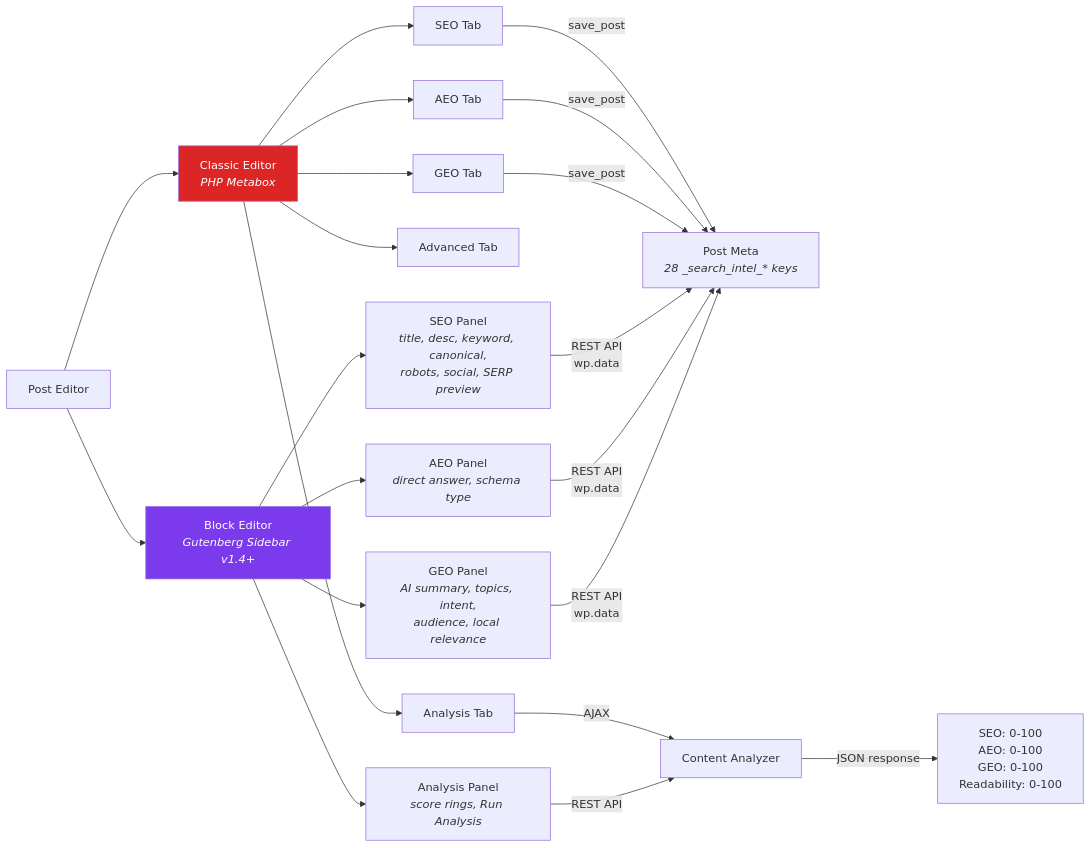
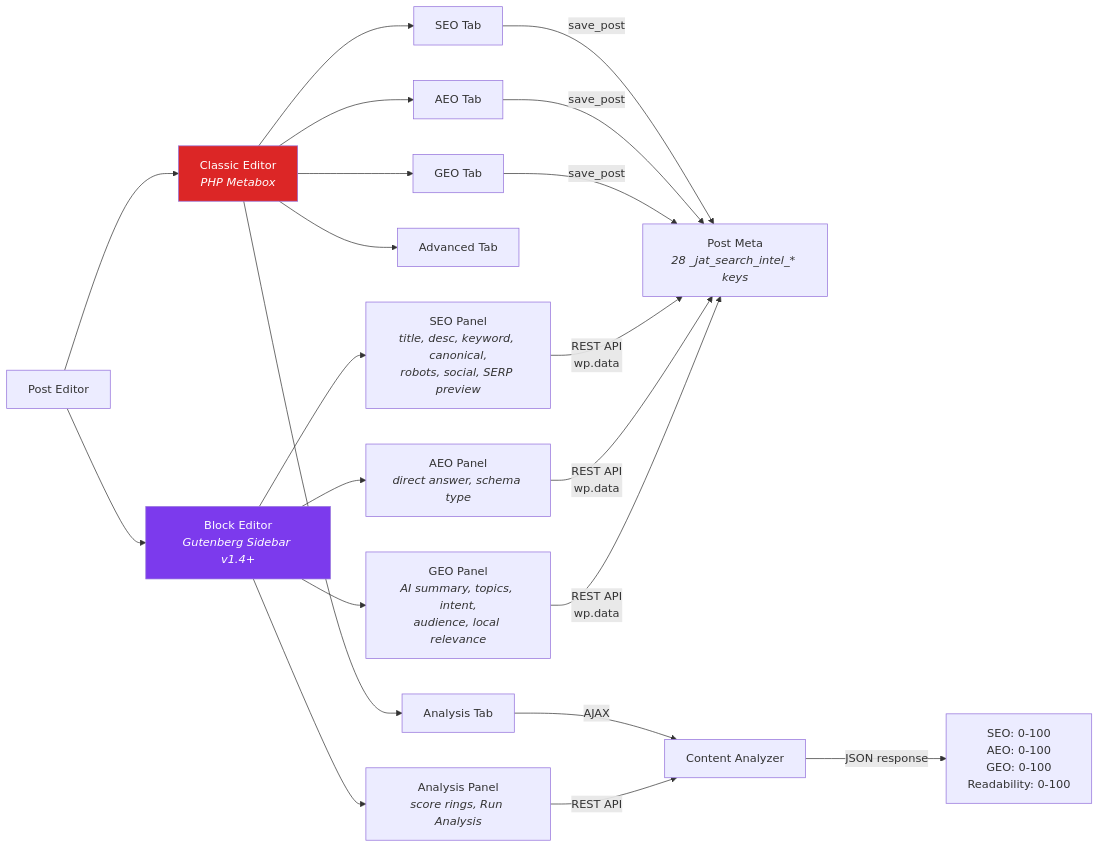
Before and after one commit to CptNope/JAT-Search-Intel: the fifth of 14 diagrams in README.md, drawn with Mermaid. The commit also changed other lines of this file and 159 other files, not shown here.

First line of the commit message:
Rename every identifier to jat-search-intel / jat_search_intel / JAT_Search_Intel

````diff
--- a/README.md
+++ b/README.md
@@ -677,32 +677,32 @@
 ```mermaid
 flowchart LR
     EDITOR["Post Editor"]
     EDITOR --> CLASSIC["Classic Editor<br/><i>PHP Metabox</i>"]
     EDITOR --> BLOCK["Block Editor<br/><i>Gutenberg Sidebar v1.4+</i>"]
 
     CLASSIC --> TAB_SEO["SEO Tab"]
     CLASSIC --> TAB_AEO["AEO Tab"]
     CLASSIC --> TAB_GEO["GEO Tab"]
     CLASSIC --> TAB_ADV["Advanced Tab"]
     CLASSIC --> TAB_ANALYSIS["Analysis Tab"]
 
     BLOCK --> SB_SEO["SEO Panel<br/><i>title, desc, keyword, canonical,<br/>robots, social, SERP preview</i>"]
     BLOCK --> SB_AEO["AEO Panel<br/><i>direct answer, schema type</i>"]
     BLOCK --> SB_GEO["GEO Panel<br/><i>AI summary, topics, intent,<br/>audience, local relevance</i>"]
     BLOCK --> SB_SCORE["Analysis Panel<br/><i>score rings, Run Analysis</i>"]
 
-    TAB_SEO --> |"save_post"| PM["Post Meta<br/><i>28 _search_intel_* keys</i>"]
+    TAB_SEO --> |"save_post"| PM["Post Meta<br/><i>28 _jat_search_intel_* keys</i>"]
     TAB_AEO --> |"save_post"| PM
     TAB_GEO --> |"save_post"| PM
 
     SB_SEO --> |"REST API<br/>wp.data"| PM
     SB_AEO --> |"REST API<br/>wp.data"| PM
     SB_GEO --> |"REST API<br/>wp.data"| PM
 
     TAB_ANALYSIS --> |"AJAX"| ANALYZER["Content Analyzer"]
     SB_SCORE --> |"REST API"| ANALYZER
     ANALYZER --> |"JSON response"| SCORES["SEO: 0-100<br/>AEO: 0-100<br/>GEO: 0-100<br/>Readability: 0-100"]
 
     style CLASSIC fill:#dc2626,color:#fff
     style BLOCK fill:#7c3aed,color:#fff
 ```
````
